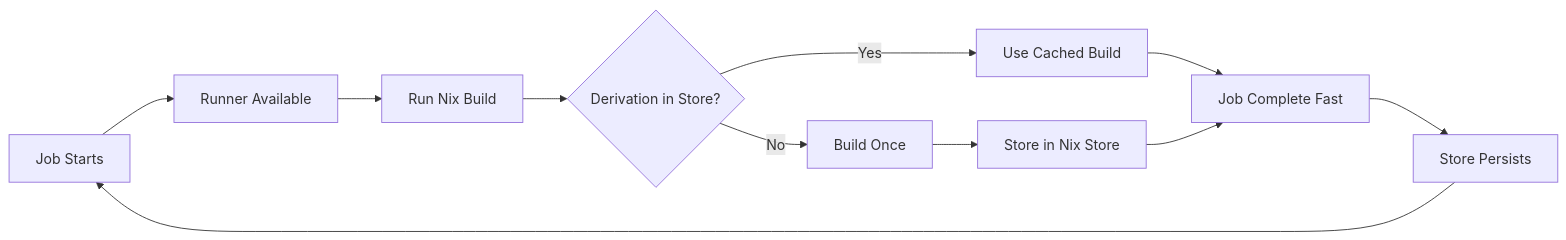
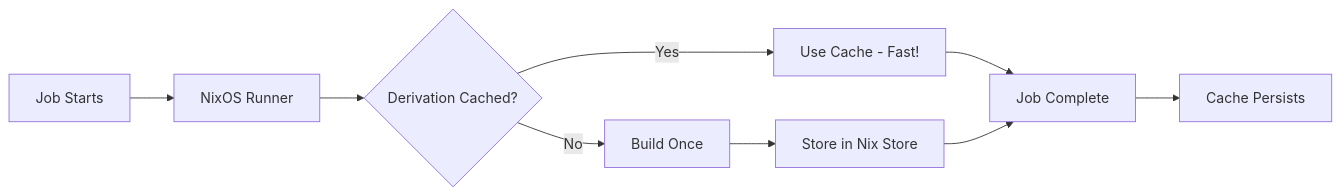
Before and after one commit to drestrepom/terraform-aws-gitlab-runner-nixos: the first of 2 diagrams in README.md, drawn with Mermaid. The commit also changed other lines of this file, not shown here.

First line of the commit message:
refactor: update README.md to clarify GitLab Runner module benefits and usage

````diff
--- a/README.md
+++ b/README.md
@@ -36,13 +26,11 @@
 ```mermaid
 graph LR
-    A[Job Starts] --> B[Runner Available]
-    B --> C[Run Nix Build]
-    C --> D{Derivation in Store?}
-    D -->|Yes| E[Use Cached Build]
-    D -->|No| F[Build Once]
-    F --> G[Store in Nix Store]
-    E --> H[Job Complete Fast]
-    G --> H
-    H --> I[Store Persists]
-    I --> A
+    A[Job Starts] --> B[NixOS Runner]
+    B --> C{Derivation Cached?}
+    C -->|Yes| D[Use Cache - Fast!]
+    C -->|No| E[Build Once]
+    E --> F[Store in Nix Store]
+    D --> G[Job Complete]
+    F --> G
+    G --> H[Cache Persists]
 ```
````
